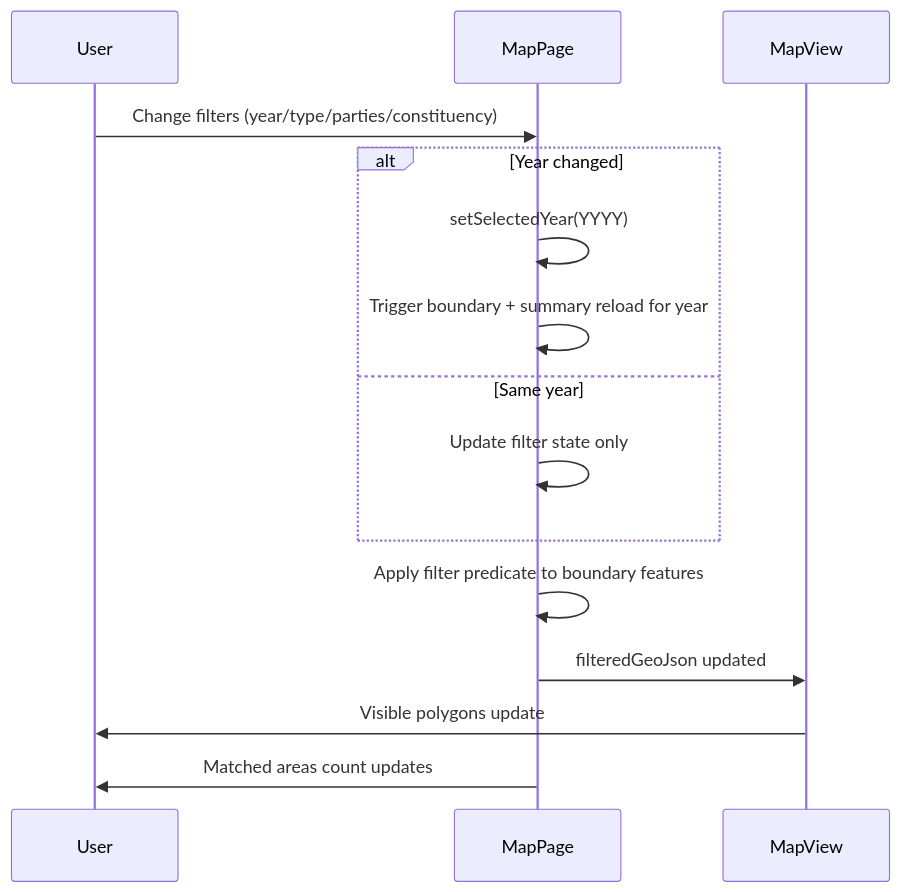
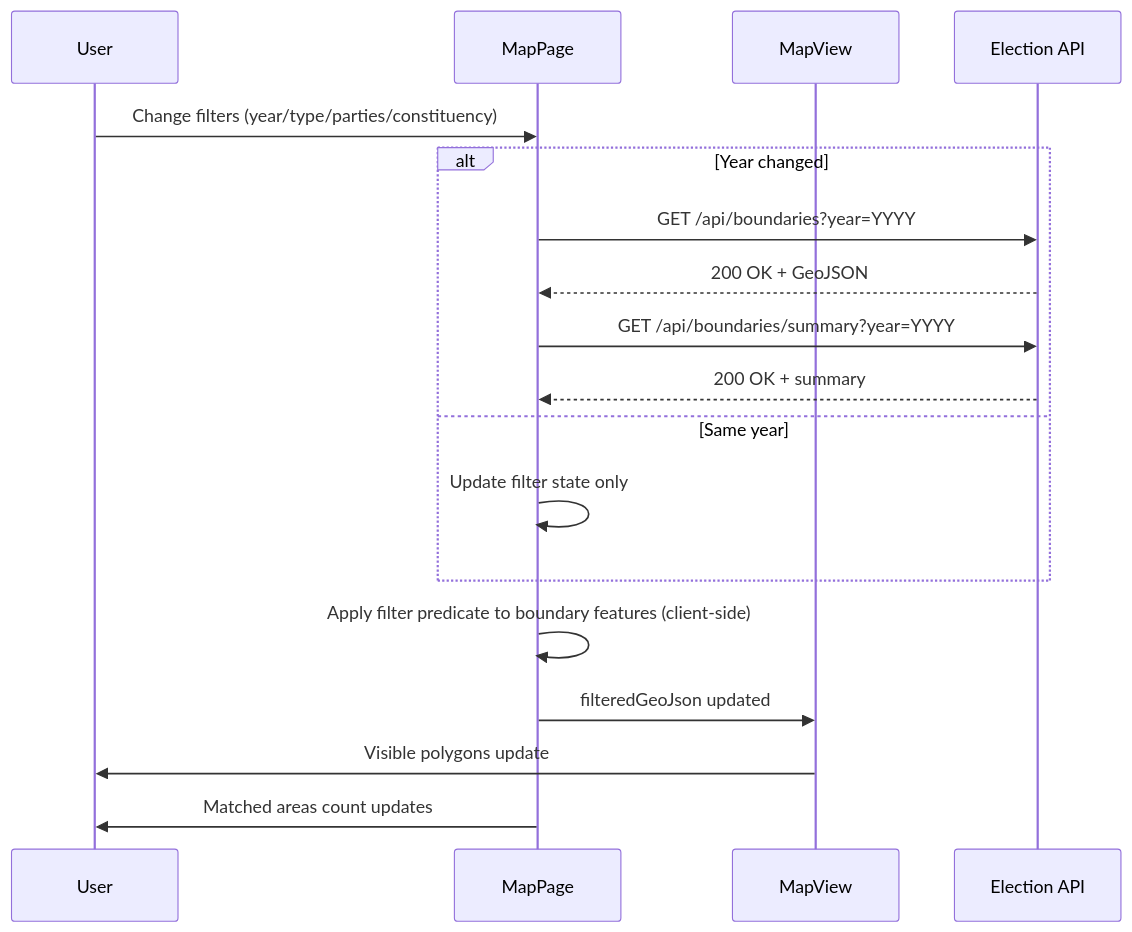
Before and after one commit to shannenlolol/SG_Election_App_SL: the sixth of 12 diagrams in docs/Software Design Description.md, drawn with Mermaid. The commit also changed other lines of this file and 3 other files, not shown here.

````diff
--- a/docs/Software Design Description.md
+++ b/docs/Software Design Description.md
@@ -192,19 +168,23 @@
 ```mermaid
 sequenceDiagram
     participant User
     participant MapPage
     participant MapView
+    participant ElectionAPI as Election API
 
     User->>MapPage: Change filters (year/type/parties/constituency)
+
     alt Year changed
-        MapPage->>MapPage: setSelectedYear(YYYY)
-        MapPage->>MapPage: Trigger boundary + summary reload for year
+        MapPage->>ElectionAPI: GET /api/boundaries?year=YYYY
+        ElectionAPI-->>MapPage: 200 OK + GeoJSON
+        MapPage->>ElectionAPI: GET /api/boundaries/summary?year=YYYY
+        ElectionAPI-->>MapPage: 200 OK + summary
     else Same year
         MapPage->>MapPage: Update filter state only
     end
 
-    MapPage->>MapPage: Apply filter predicate to boundary features
+    MapPage->>MapPage: Apply filter predicate to boundary features (client-side)
     MapPage->>MapView: filteredGeoJson updated
     MapView->>User: Visible polygons update
     MapPage->>User: Matched areas count updates
 ```
````
